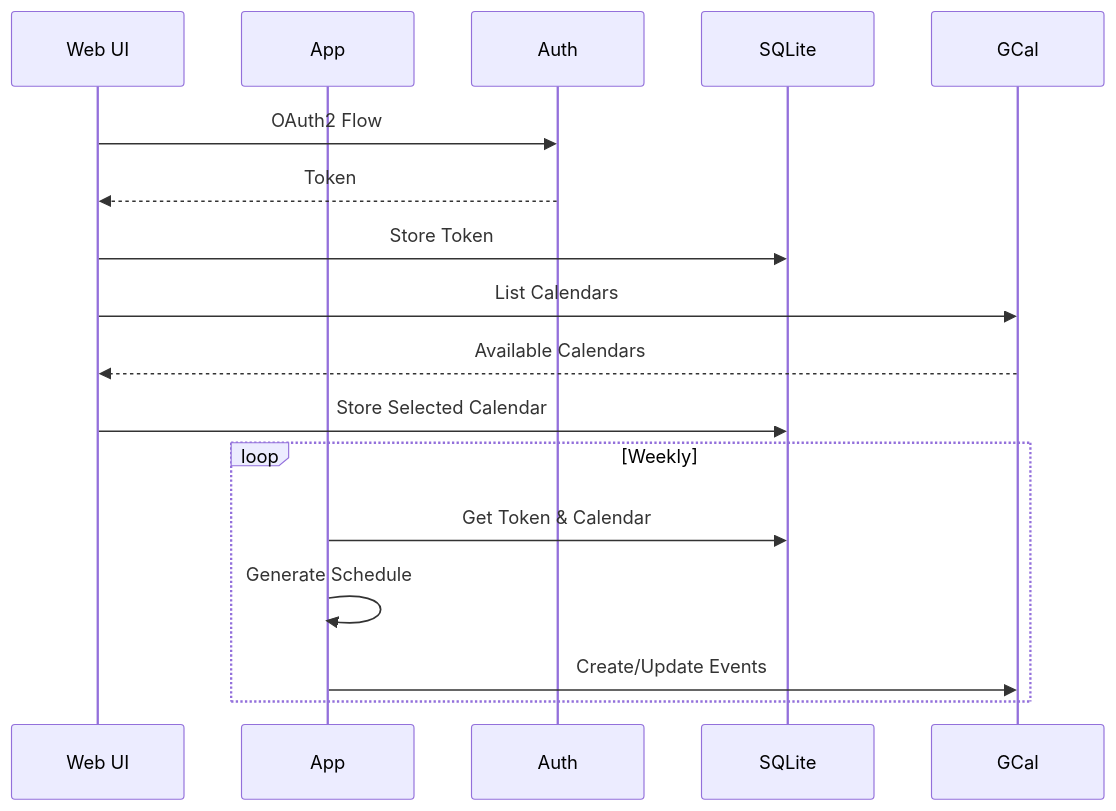
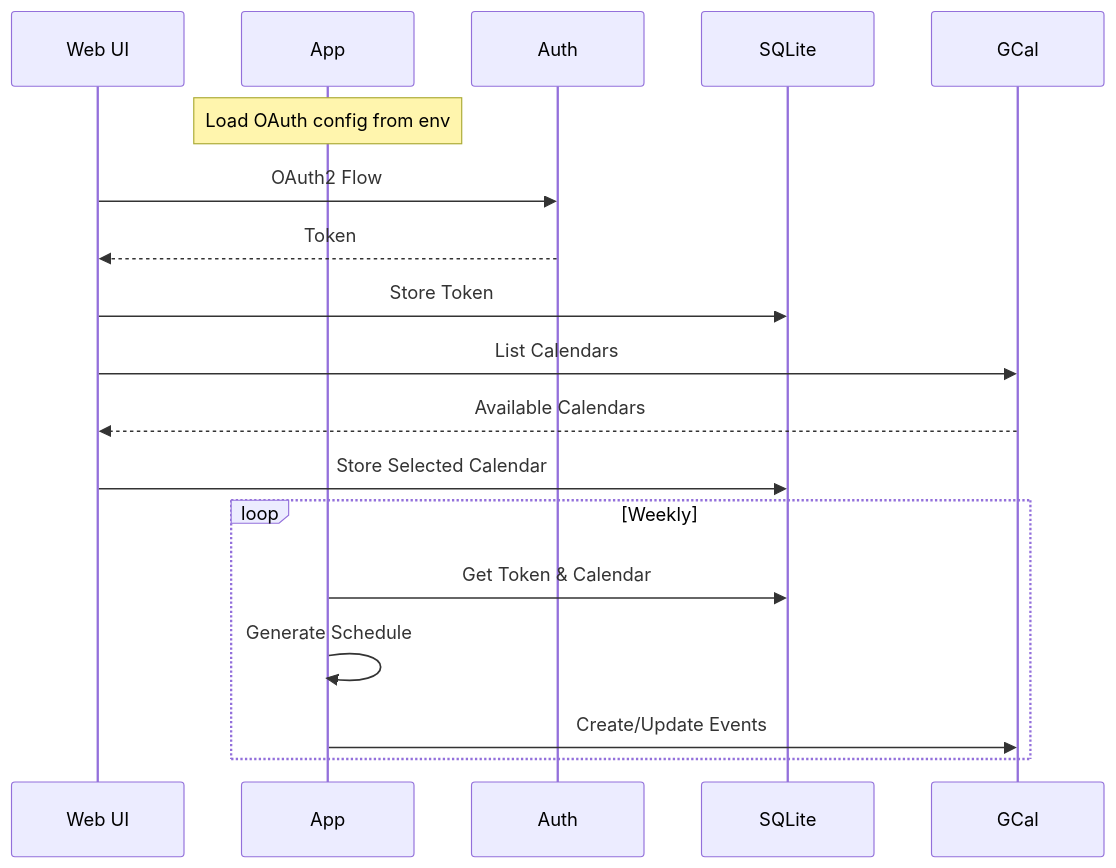
Before and after one commit to Belphemur/night-routine: the third of 3 diagrams in docs/architecture.md, drawn with Mermaid. The commit also changed other lines of this file and 7 other files, not shown here.

````diff
--- a/docs/architecture.md
+++ b/docs/architecture.md
@@ -64,21 +73,22 @@
 ```mermaid
 sequenceDiagram
     participant UI as Web UI
     participant App
     participant Auth
     participant DB as SQLite
     participant GCal
 
+    Note over App: Load OAuth config from env
     UI->>Auth: OAuth2 Flow
     Auth-->>UI: Token
     UI->>DB: Store Token
     UI->>GCal: List Calendars
     GCal-->>UI: Available Calendars
     UI->>DB: Store Selected Calendar
 
     loop Weekly
         App->>DB: Get Token & Calendar
         App->>App: Generate Schedule
         App->>GCal: Create/Update Events
     end
 ```
````
